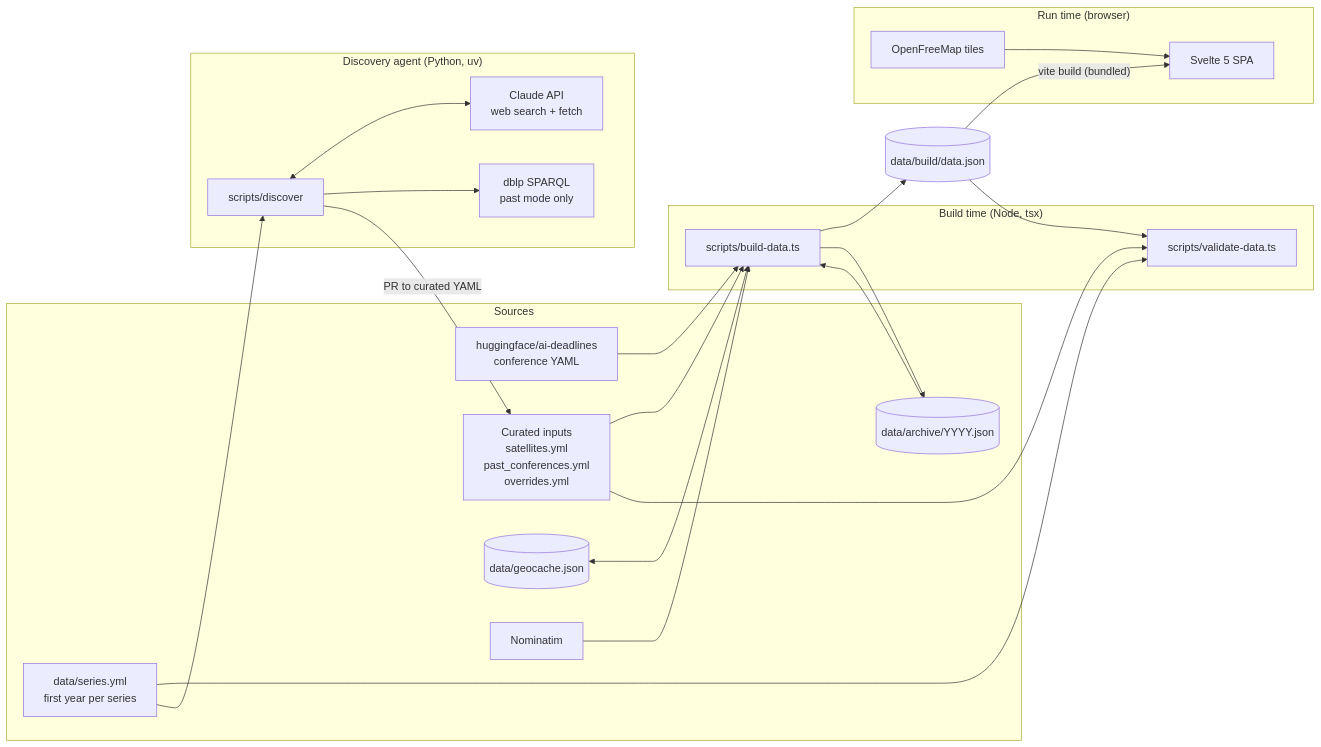
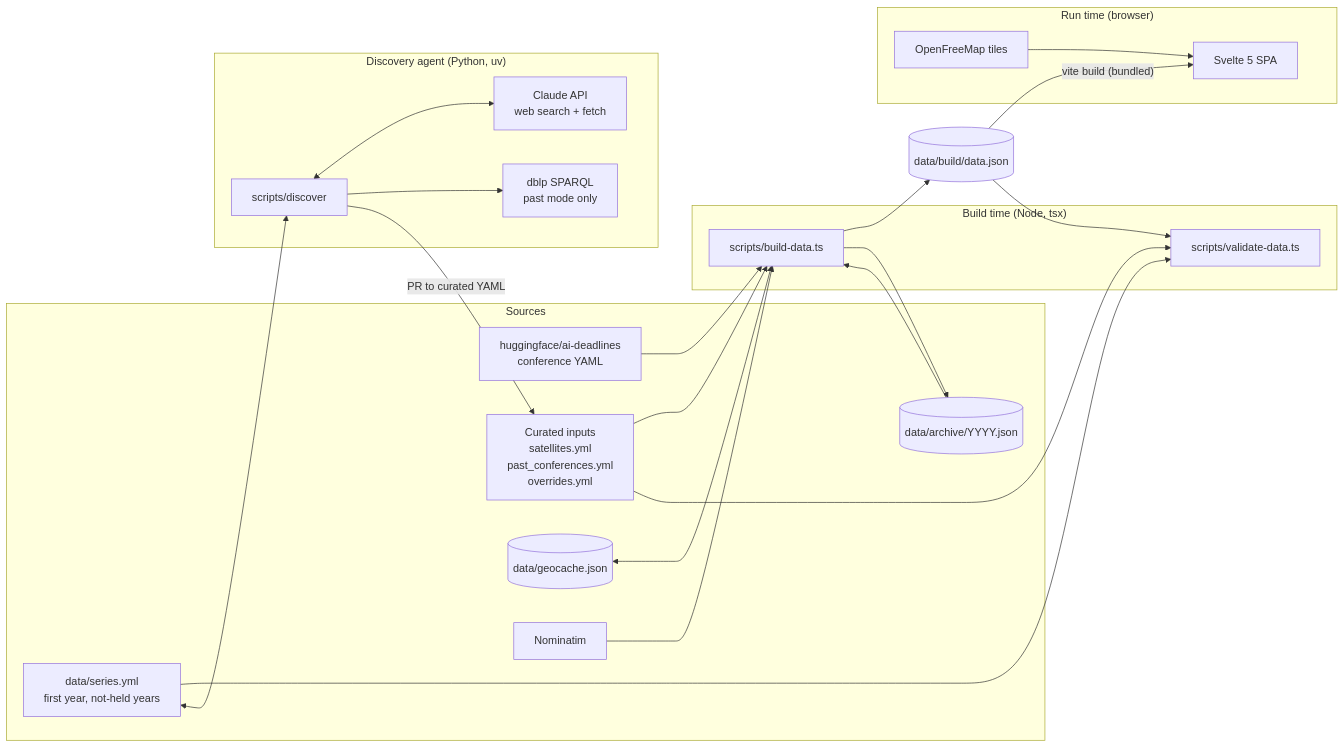
Before and after one commit to vict0rsch/confmaps: the first of 5 diagrams in system-architecture.md, drawn with Mermaid. The commit also changed other lines of this file and 18 other files, not shown here.

First line of the commit message:
Discover past mode: one source per edition, not-held years, Sonnet 5.5

````diff
--- a/system-architecture.md
+++ b/system-architecture.md
@@ -28,46 +28,46 @@
 ```mermaid
 flowchart LR
   subgraph Sources
     HF[huggingface/ai-deadlines<br/>conference YAML]
     CUR[Curated inputs<br/>satellites.yml<br/>past_conferences.yml<br/>overrides.yml]
-    SER[data/series.yml<br/>first year per series]
+    SER[data/series.yml<br/>first year, not-held years]
     ARC[(data/archive/YYYY.json)]
     GC[(data/geocache.json)]
     NOM[Nominatim]
   end
 
   subgraph Build["Build time (Node, tsx)"]
     BD[scripts/build-data.ts]
     VD[scripts/validate-data.ts]
   end
 
   DJ[(data/build/data.json)]
 
   subgraph Agent["Discovery agent (Python, uv)"]
     DISC[scripts/discover]
     CL[Claude API<br/>web search + fetch]
     DBLP[dblp SPARQL<br/>past mode only]
   end
 
   subgraph App["Run time (browser)"]
     SPA[Svelte 5 SPA]
     TILES[OpenFreeMap tiles]
   end
 
   HF --> BD
   CUR --> BD
   ARC --> BD
   GC <--> BD
   NOM --> BD
   BD --> DJ
   BD --> ARC
   DJ --> VD
   CUR --> VD
   SER --> VD
-  SER --> DISC
+  SER <--> DISC
   DISC <--> CL
   DISC --> DBLP
   DISC -- "PR to curated YAML" --> CUR
   DJ -- "vite build (bundled)" --> SPA
   TILES --> SPA
 ```
````
